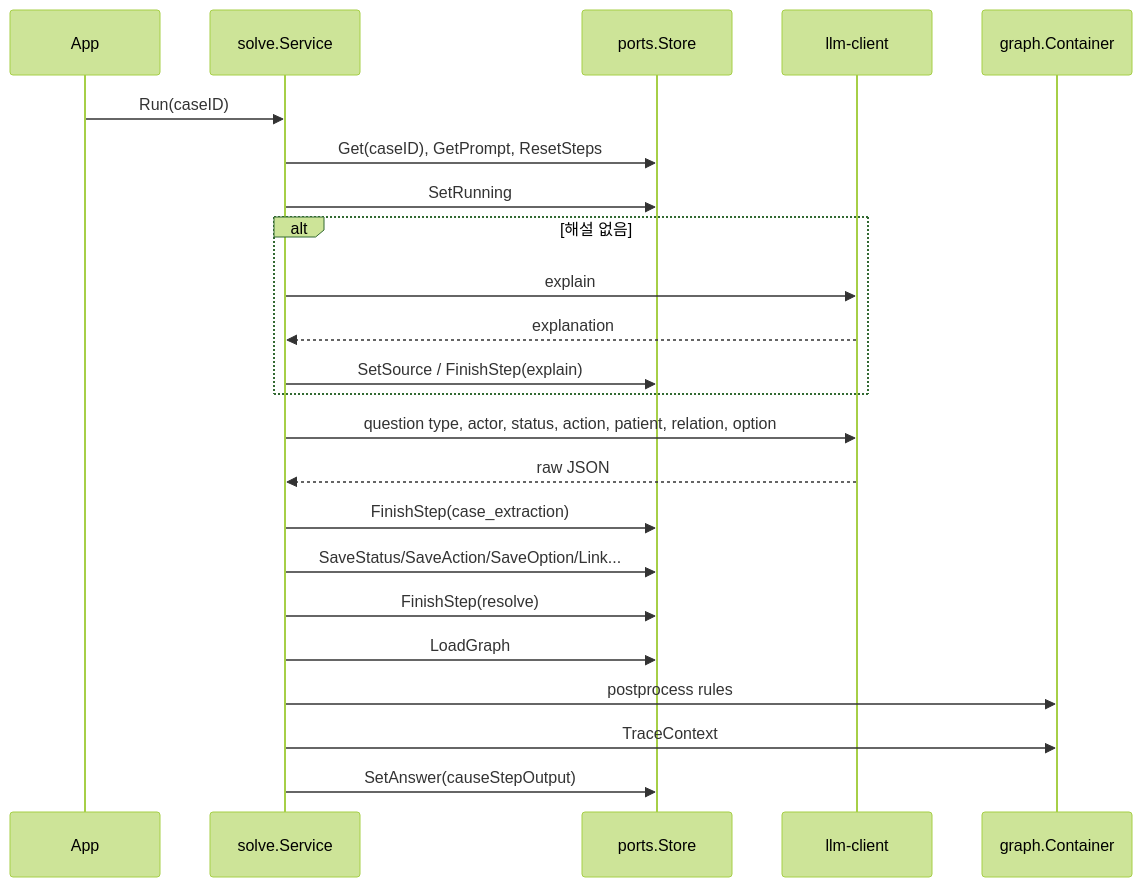
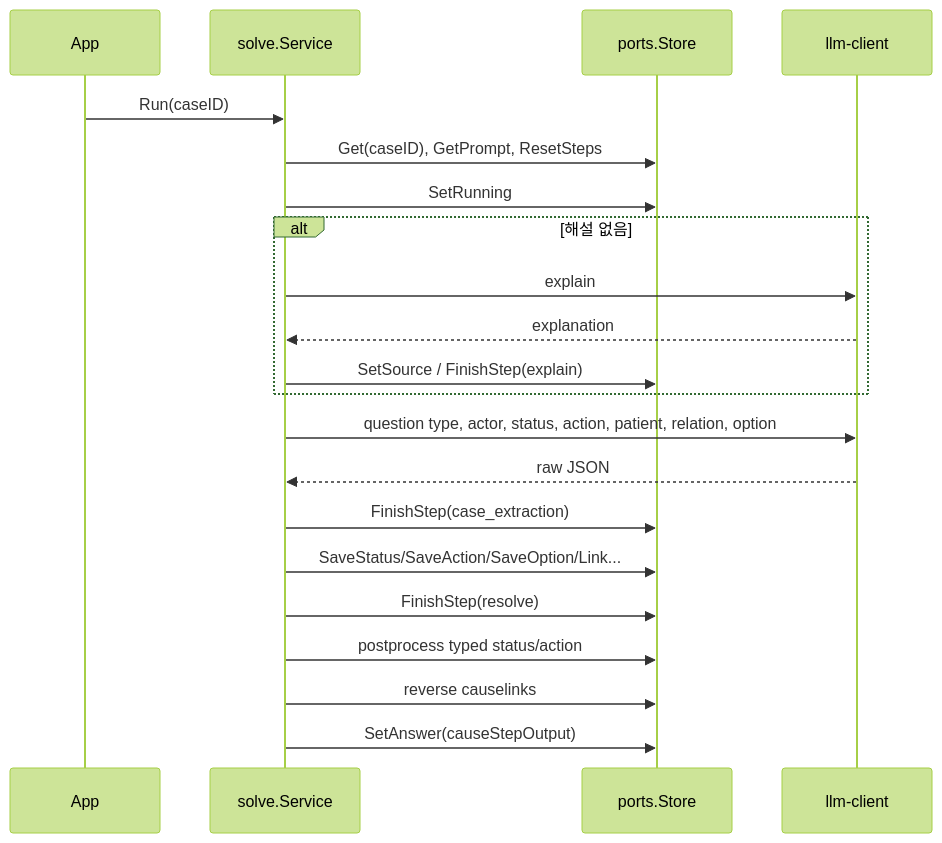
The second of 2 diagrams in docs/architecture.md (G226Medi03/MorbesPipeline), drawn with Mermaid (forest theme) before and after one commit. The commit also changed other lines of this file and 5 other files, not shown here.

````diff
--- a/docs/architecture.md
+++ b/docs/architecture.md
@@ -121,26 +120,24 @@
 ```mermaid
 sequenceDiagram
     participant App
     participant Solve as solve.Service
     participant Store as ports.Store
     participant LLM as llm-client
-    participant Graph as graph.Container
 
     App->>Solve: Run(caseID)
     Solve->>Store: Get(caseID), GetPrompt, ResetSteps
     Solve->>Store: SetRunning
     alt 해설 없음
         Solve->>LLM: explain
         LLM-->>Solve: explanation
         Solve->>Store: SetSource / FinishStep(explain)
     end
     Solve->>LLM: question type, actor, status, action, patient, relation, option
     LLM-->>Solve: raw JSON
     Solve->>Store: FinishStep(case_extraction)
     Solve->>Store: SaveStatus/SaveAction/SaveOption/Link...
     Solve->>Store: FinishStep(resolve)
-    Solve->>Store: LoadGraph
-    Solve->>Graph: postprocess rules
-    Solve->>Graph: TraceContext
+    Solve->>Store: postprocess typed status/action
+    Solve->>Store: reverse causelinks
     Solve->>Store: SetAnswer(causeStepOutput)
 ```
````
